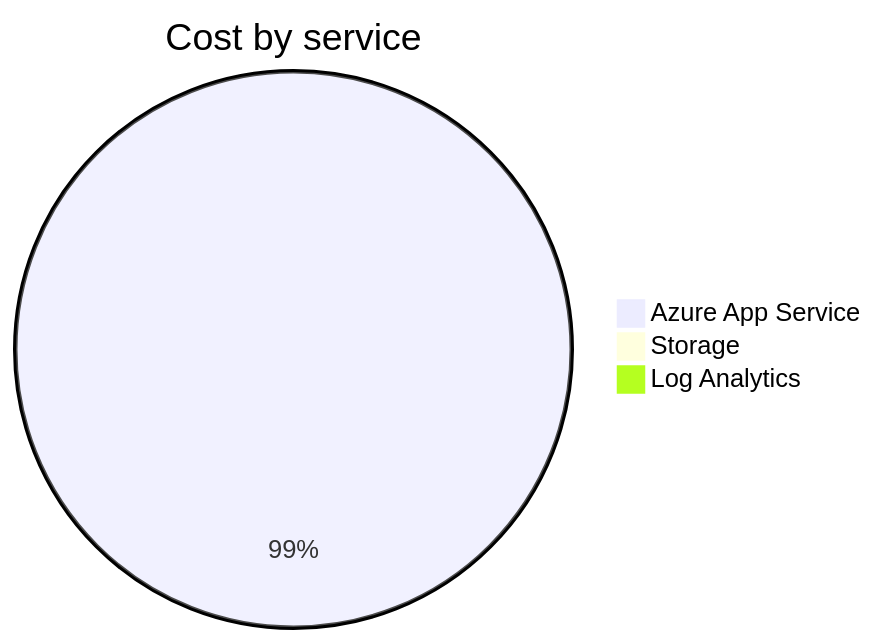
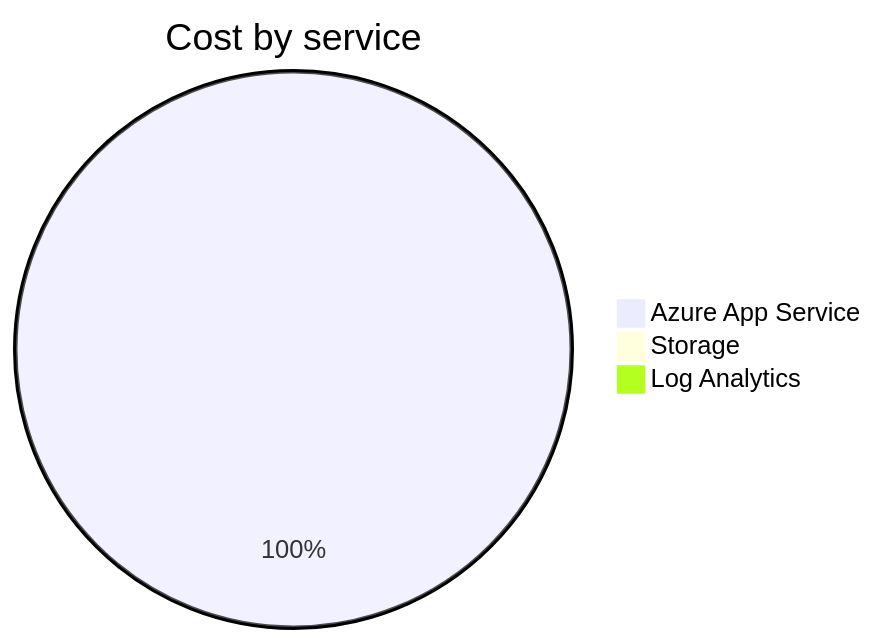
Before and after one commit to jpfulton/azure-personal-reports: the second of 4 diagrams in cost-reports/personal-site/README.md, drawn with Mermaid. The commit also changed other lines of this file and 6 other files, not shown here.

````diff
--- a/cost-reports/personal-site/README.md
+++ b/cost-reports/personal-site/README.md
@@ -97,7 +97,7 @@
 ```mermaid
 pie
    title Cost by service
-   "Azure App Service" : 1.63
+   "Azure App Service" : 2.32
    "Storage" : 0.01
    "Log Analytics" : 0.00
 ```
````
